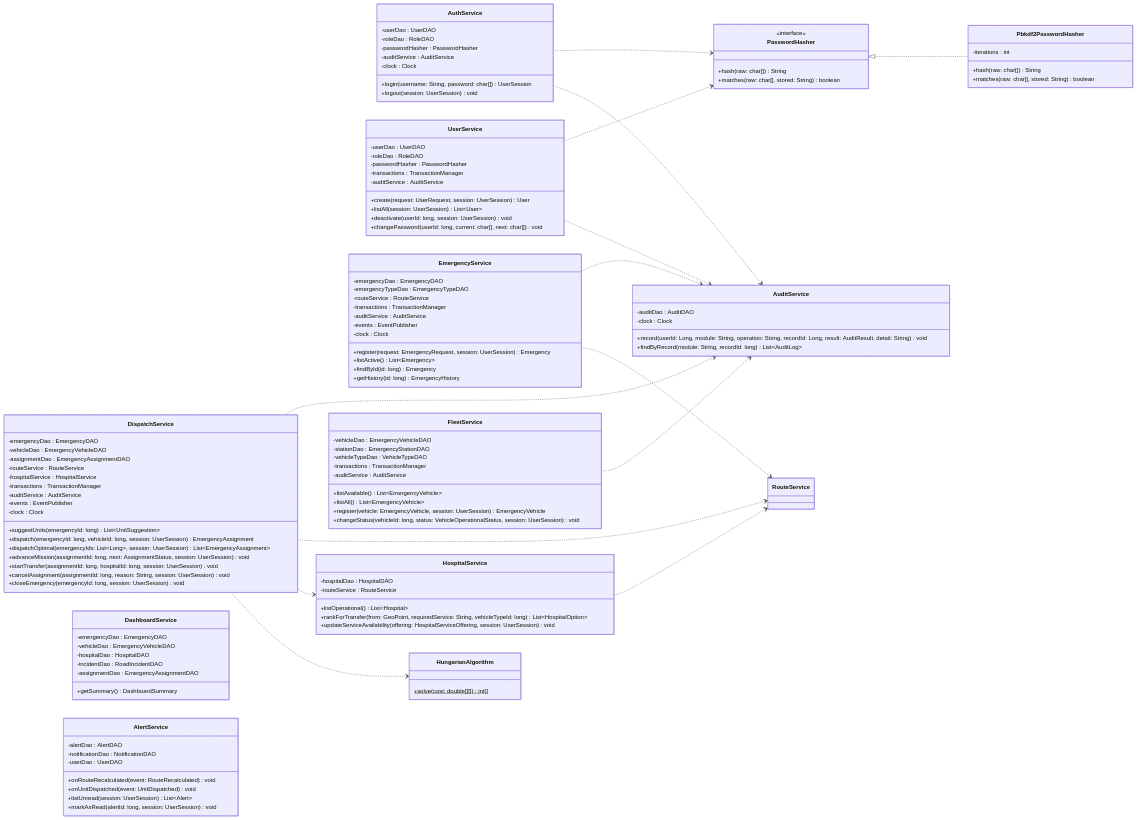
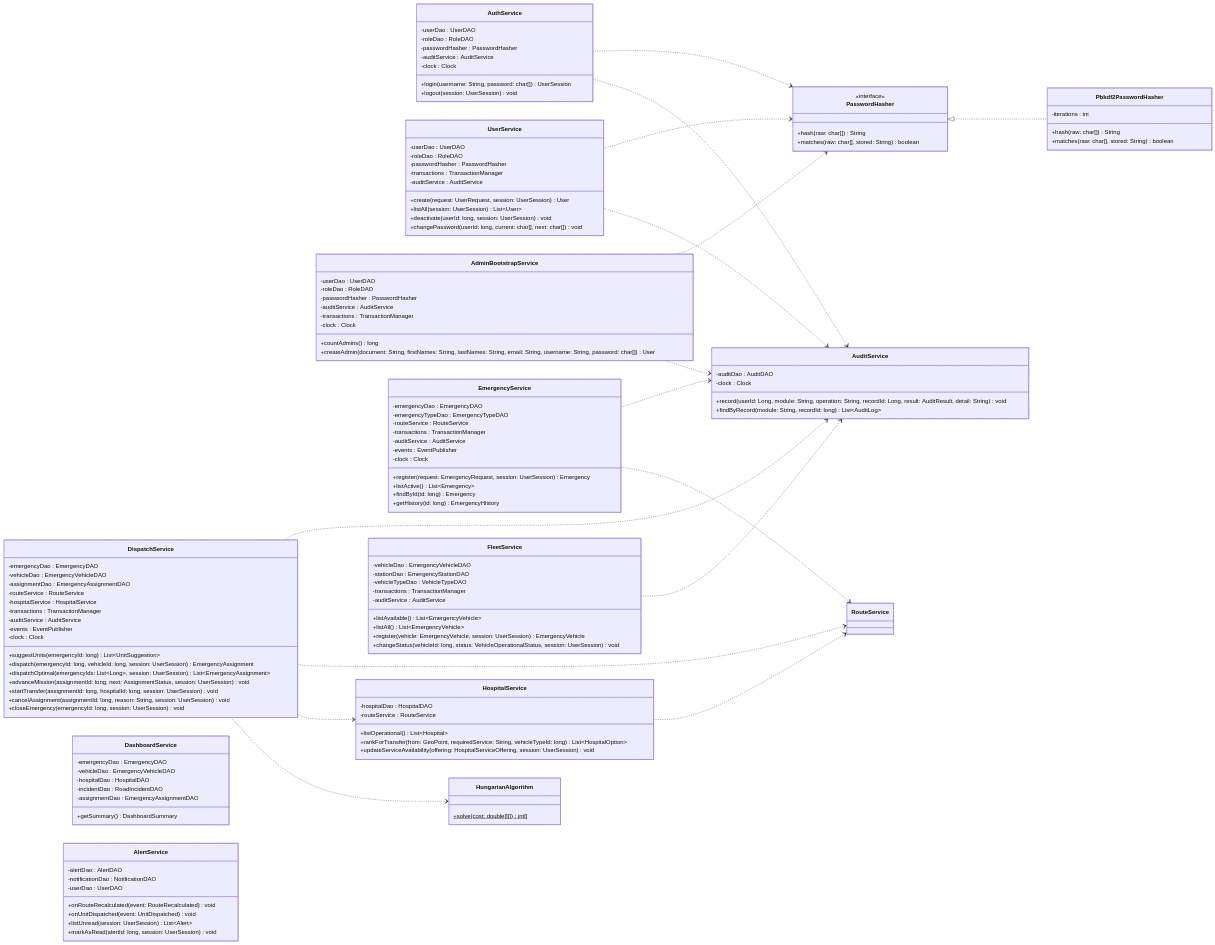
Before and after one commit to afzabaleta/RutaVida: diagram 15 of 22 in docs/class-diagram.md, drawn with Mermaid. The commit also changed other lines of this file and 2 other files, not shown here.

```diff
--- a/docs/class-diagram.md
+++ b/docs/class-diagram.md
@@ -1022,6 +1031,18 @@
         +record(userId: Long, module: String, operation: String, recordId: Long, result: AuditResult, detail: String) void
         +findByRecord(module: String, recordId: long) List~AuditLog~
     }
+    
+    class AdminBootstrapService {
+        -userDao : UserDAO
+        -roleDao : RoleDAO
+        -passwordHasher : PasswordHasher
+        -auditService : AuditService
+        -transactions : TransactionManager
+        -clock : Clock
+        +countAdmins() long
+        +createAdmin(document: String, firstNames: String, lastNames: String, email: String, username: String, password: char[]) User
+    }
+    
     class EmergencyService {
         -emergencyDao : EmergencyDAO
         -emergencyTypeDao : EmergencyTypeDAO
@@ -1106,7 +1127,9 @@
     PasswordHasher <|.. Pbkdf2PasswordHasher
     AuthService ..> PasswordHasher
     UserService ..> PasswordHasher
+    AdminBootstrapService ..> PasswordHasher
     AuthService ..> AuditService
+    AdminBootstrapService ..> AuditService
     UserService ..> AuditService
     EmergencyService ..> AuditService
     DispatchService ..> AuditService
```
